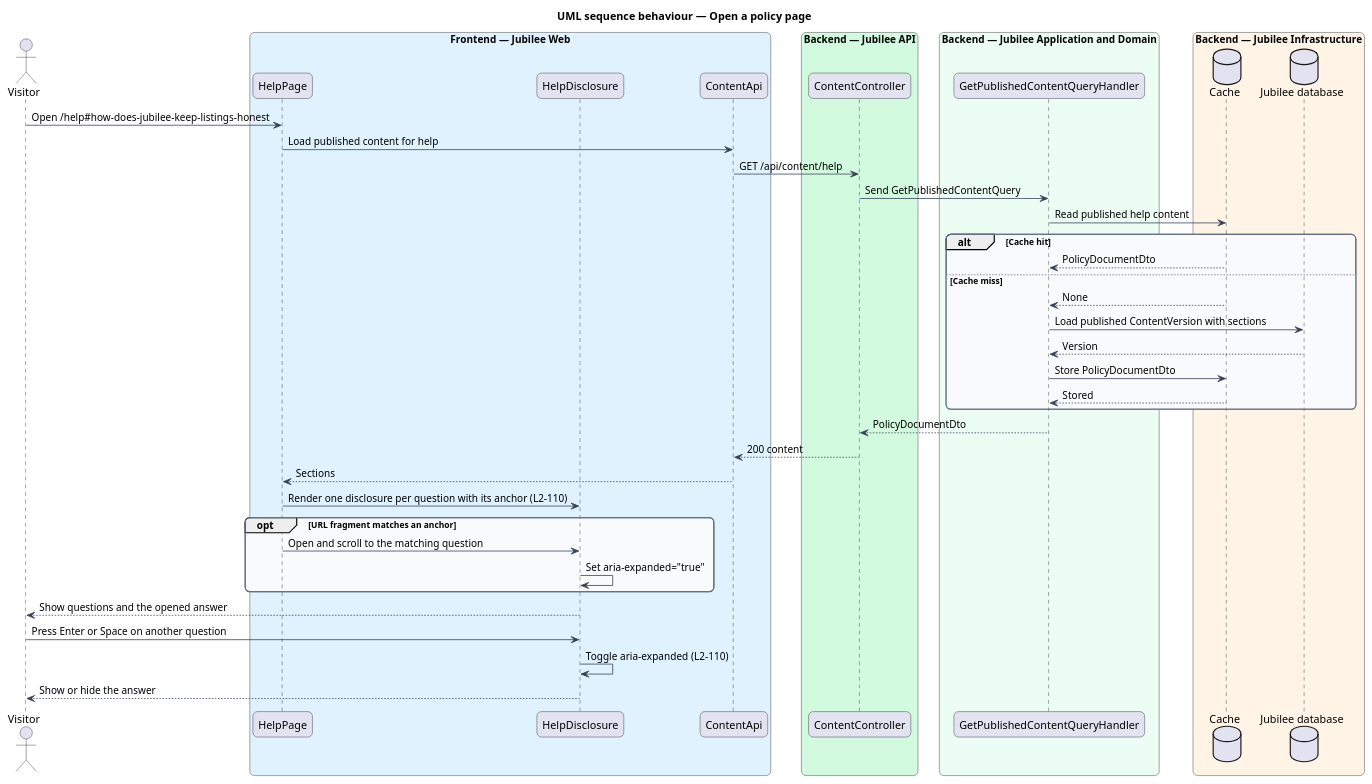
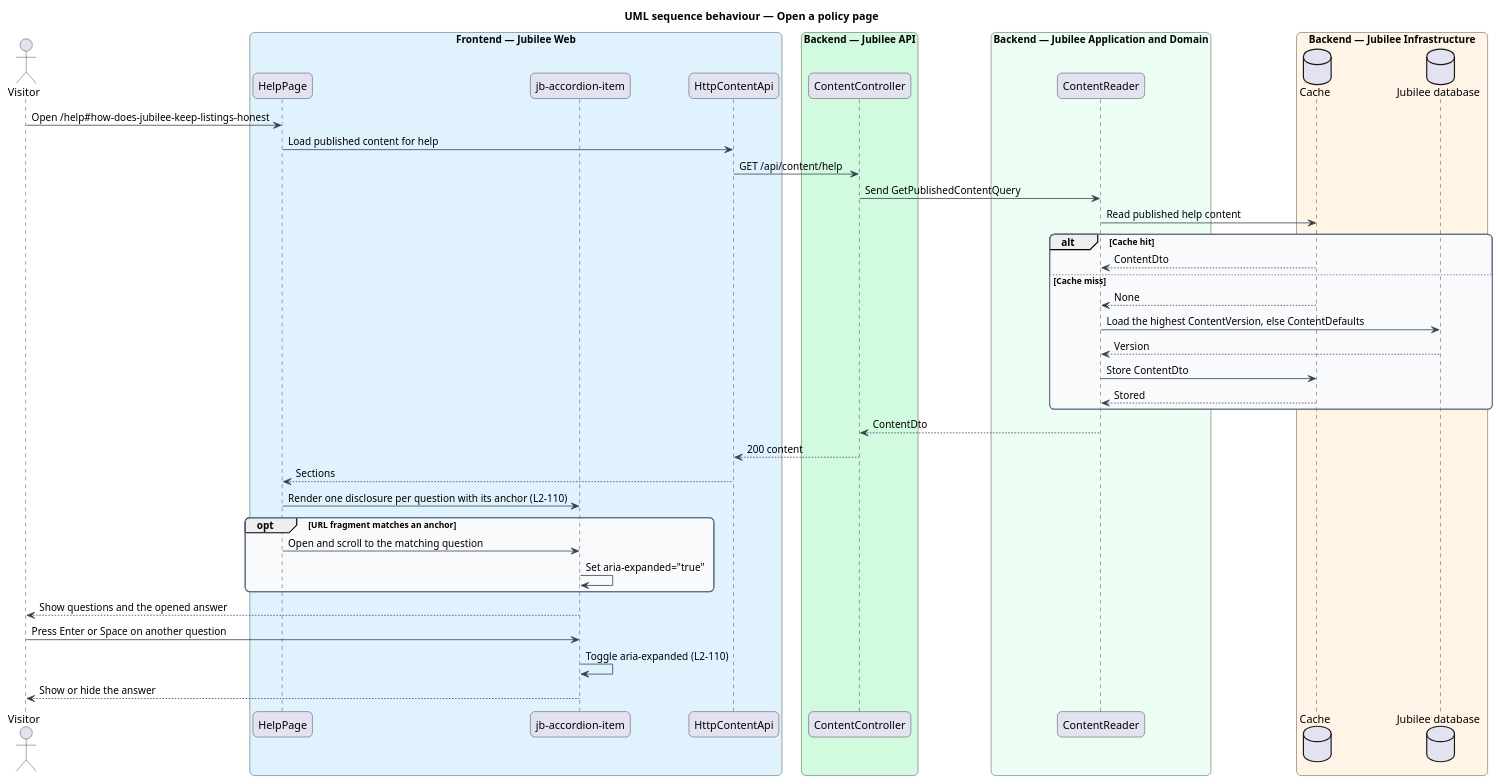
One commit to QuinntyneBrown/jubilee changed the diagram in docs/detailed-designs/trust-content/publish-policy-pages/diagrams/sequence-open-policy-page.puml. Above: the diagram before and after it, drawn with PlantUML. The commit also changed 18 other files, not shown here.

Commit message:
Journey 22: L2-226 (publish a policy version), ADR 0066 and the design as built

```diff
--- a/docs/detailed-designs/trust-content/publish-policy-pages/diagrams/sequence-open-policy-page.puml
+++ b/docs/detailed-designs/trust-content/publish-policy-pages/diagrams/sequence-open-policy-page.puml
@@ -1,59 +1,59 @@
 @startuml
 title UML sequence behaviour — Open a policy page
 skinparam backgroundColor #FFFFFF
 skinparam shadowing false
 skinparam roundcorner 12
 skinparam defaultFontName Arial
 skinparam ArrowColor #344054
 skinparam rectangle {
   BorderColor #344054
   FontColor #101828
 }
 skinparam package {
   BorderColor #667085
   FontColor #101828
   BackgroundColor #F9FAFB
 }
 actor "Visitor" as actor
 box "Frontend — Jubilee Web" #E0F2FE
   participant "HelpPage" as page
-  participant "HelpDisclosure" as disc
-  participant "ContentApi" as client
+  participant "jb-accordion-item" as disc
+  participant "HttpContentApi" as client
 end box
 box "Backend — Jubilee API" #D1FADF
   participant "ContentController" as controller
 end box
 box "Backend — Jubilee Application and Domain" #ECFDF3
-  participant "GetPublishedContentQueryHandler" as handler
+  participant "ContentReader" as handler
 end box
 box "Backend — Jubilee Infrastructure" #FFF4E5
   database "Cache" as cache
   database "Jubilee database" as db
 end box
 actor -> page : Open /help#how-does-jubilee-keep-listings-honest
 page -> client : Load published content for help
 client -> controller : GET /api/content/help
 controller -> handler : Send GetPublishedContentQuery
 handler -> cache : Read published help content
 alt Cache hit
-  cache --> handler : PolicyDocumentDto
+  cache --> handler : ContentDto
 else Cache miss
   cache --> handler : None
-  handler -> db : Load published ContentVersion with sections
+  handler -> db : Load the highest ContentVersion, else ContentDefaults
   db --> handler : Version
-  handler -> cache : Store PolicyDocumentDto
+  handler -> cache : Store ContentDto
   cache --> handler : Stored
 end
-handler --> controller : PolicyDocumentDto
+handler --> controller : ContentDto
 controller --> client : 200 content
 client --> page : Sections
 page -> disc : Render one disclosure per question with its anchor (L2-110)
 opt URL fragment matches an anchor
   page -> disc : Open and scroll to the matching question
   disc -> disc : Set aria-expanded="true"
 end
 disc --> actor : Show questions and the opened answer
 actor -> disc : Press Enter or Space on another question
 disc -> disc : Toggle aria-expanded (L2-110)
 disc --> actor : Show or hide the answer
 @enduml
```
